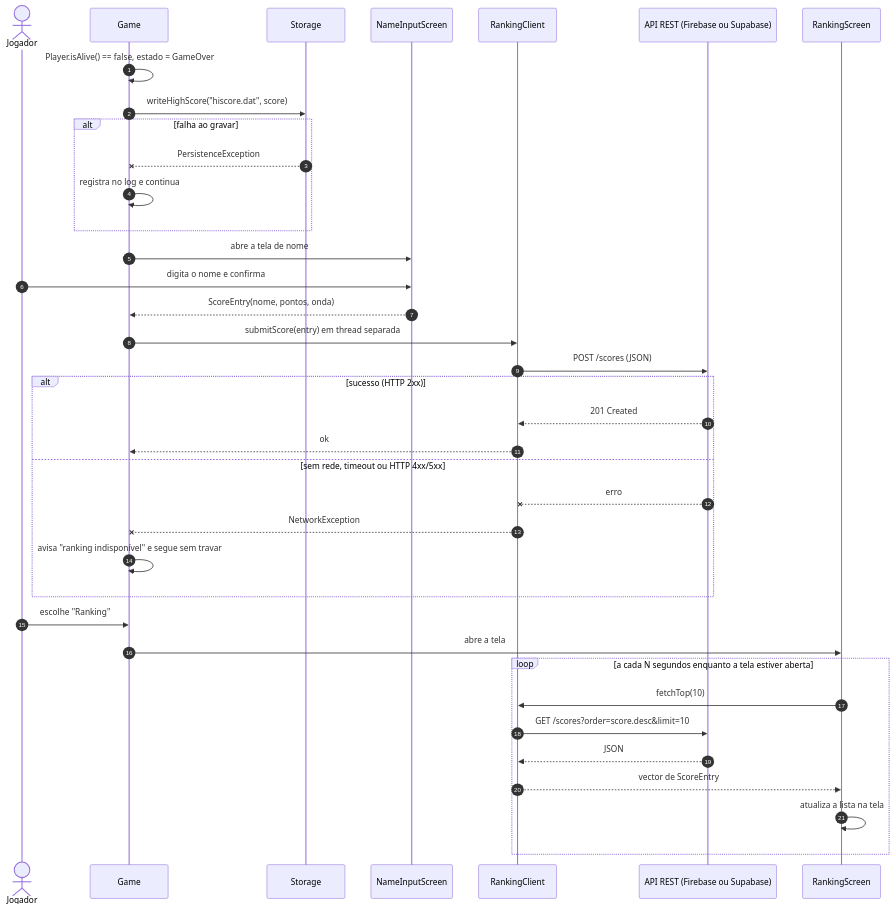
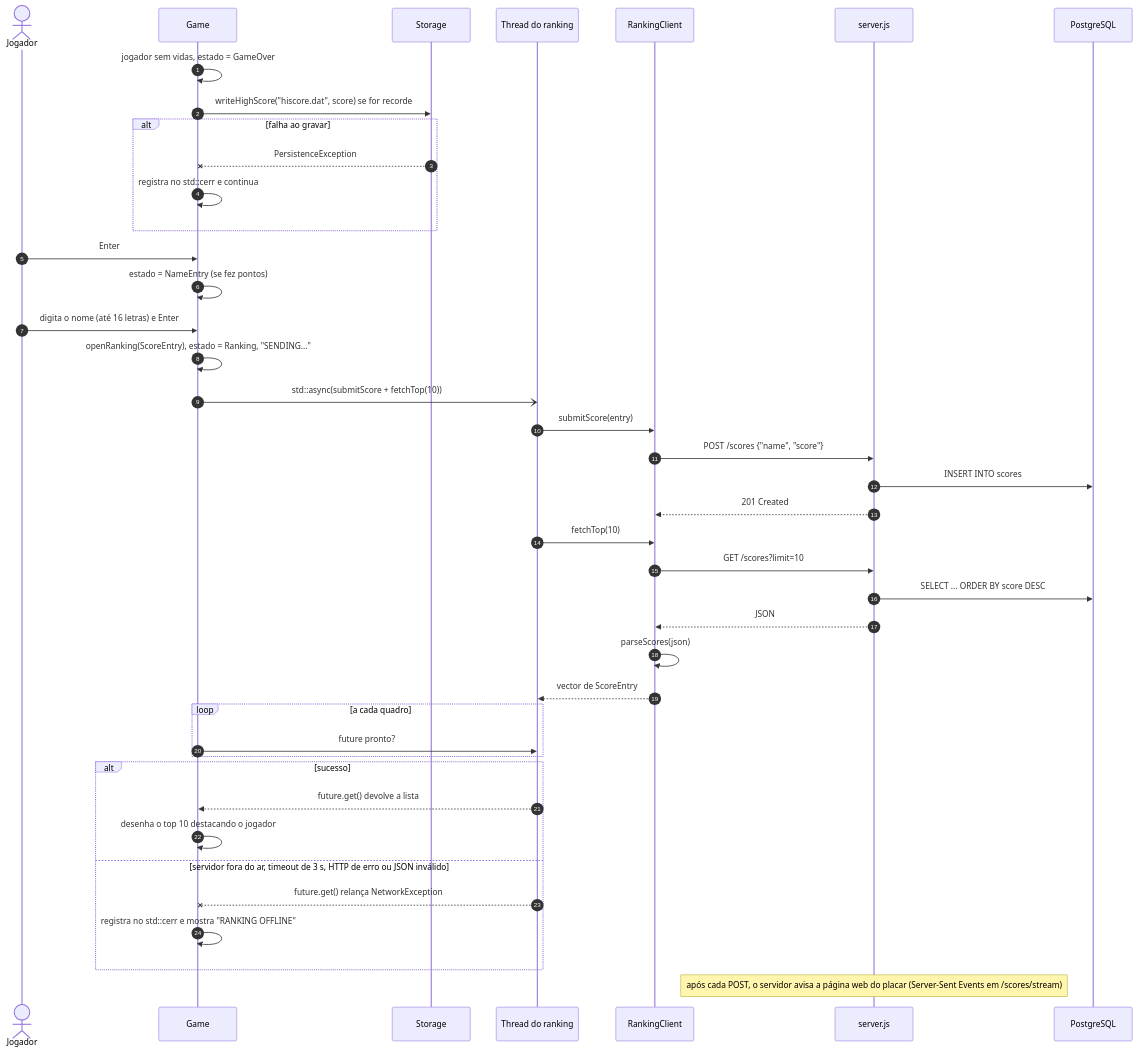
The fourth of 4 diagrams in docs/uml/diagramas-sequencia.md (aristofany-herderson/space-invaders), drawn with Mermaid before and after one commit. The commit also changed other lines of this file and 4 other files, not shown here.

First line of the commit message:
:memo: docs: atualiza README, testes e UML para o ranking implementado

````diff
--- a/docs/uml/diagramas-sequencia.md
+++ b/docs/uml/diagramas-sequencia.md
@@ -110,40 +111,44 @@
 ```mermaid
 sequenceDiagram
     autonumber
     actor J as Jogador
     participant G as Game
     participant ST as Storage
-    participant N as NameInputScreen
+    participant T as Thread do ranking
     participant RC as RankingClient
-    participant API as API REST (Firebase ou Supabase)
-    participant RS as RankingScreen
+    participant API as server.js
+    participant DB as PostgreSQL
 
-    G->>G: Player.isAlive() == false, estado = GameOver
-    G->>ST: writeHighScore("hiscore.dat", score)
+    G->>G: jogador sem vidas, estado = GameOver
+    G->>ST: writeHighScore("hiscore.dat", score) se for recorde
     alt falha ao gravar
         ST--xG: PersistenceException
-        G->>G: registra no log e continua
+        G->>G: registra no std::cerr e continua
     end
-    G->>N: abre a tela de nome
-    J->>N: digita o nome e confirma
-    N-->>G: ScoreEntry(nome, pontos, onda)
-    G->>RC: submitScore(entry) em thread separada
-    RC->>API: POST /scores (JSON)
-    alt sucesso (HTTP 2xx)
-        API-->>RC: 201 Created
-        RC-->>G: ok
-    else sem rede, timeout ou HTTP 4xx/5xx
-        API--xRC: erro
-        RC--xG: NetworkException
-        G->>G: avisa "ranking indisponível" e segue sem travar
+    J->>G: Enter
+    G->>G: estado = NameEntry (se fez pontos)
+    J->>G: digita o nome (até 16 letras) e Enter
+    G->>G: openRanking(ScoreEntry), estado = Ranking, "SENDING..."
+    G-)T: std::async(submitScore + fetchTop(10))
+    T->>RC: submitScore(entry)
+    RC->>API: POST /scores {"name", "score"}
+    API->>DB: INSERT INTO scores
+    API-->>RC: 201 Created
+    T->>RC: fetchTop(10)
+    RC->>API: GET /scores?limit=10
+    API->>DB: SELECT ... ORDER BY score DESC
+    API-->>RC: JSON
+    RC->>RC: parseScores(json)
+    RC-->>T: vector de ScoreEntry
+    loop a cada quadro
+        G->>T: future pronto?
     end
-    J->>G: escolhe "Ranking"
-    G->>RS: abre a tela
-    loop a cada N segundos enquanto a tela estiver aberta
-        RS->>RC: fetchTop(10)
-        RC->>API: GET /scores?order=score.desc&limit=10
-        API-->>RC: JSON
-        RC-->>RS: vector de ScoreEntry
-        RS->>RS: atualiza a lista na tela
+    alt sucesso
+        T-->>G: future.get() devolve a lista
+        G->>G: desenha o top 10 destacando o jogador
+    else servidor fora do ar, timeout de 3 s, HTTP de erro ou JSON inválido
+        T--xG: future.get() relança NetworkException
+        G->>G: registra no std::cerr e mostra "RANKING OFFLINE"
     end
+    Note over API: após cada POST, o servidor avisa a página web do placar (Server-Sent Events em /scores/stream)
 ```
````
